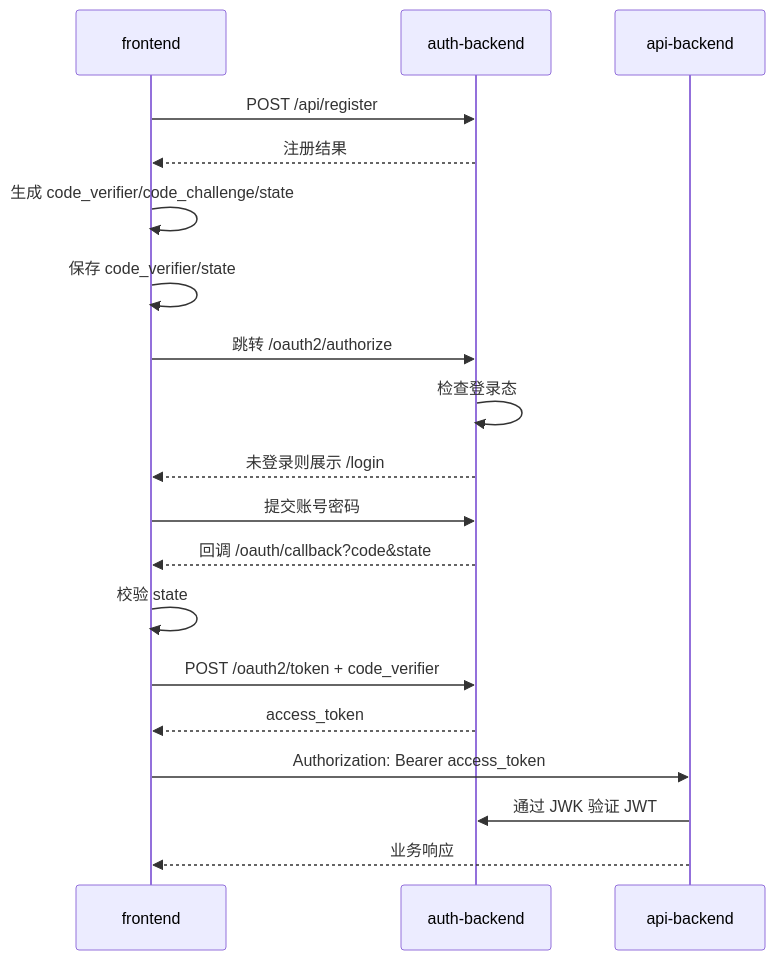
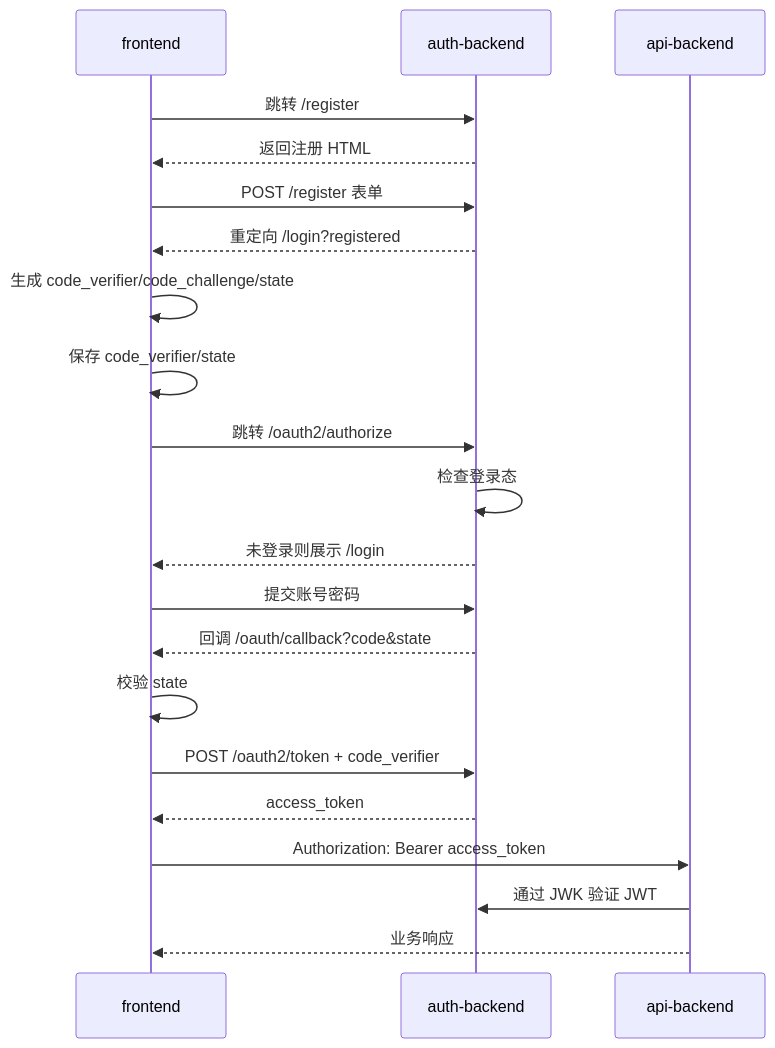
Before and after one commit to Kyy008/Mini-Tiktok: the diagram in login-flow.md, drawn with Mermaid. The commit also changed other lines of this file and 14 other files, not shown here.

````diff
--- a/login-flow.md
+++ b/login-flow.md
@@ -190,22 +192,24 @@
 ```mermaid
 sequenceDiagram
     participant F as frontend
     participant AUTH as auth-backend
     participant API as api-backend
 
-    F->>AUTH: POST /api/register
-    AUTH-->>F: 注册结果
+    F->>AUTH: 跳转 /register
+    AUTH-->>F: 返回注册 HTML
+    F->>AUTH: POST /register 表单
+    AUTH-->>F: 重定向 /login?registered
     F->>F: 生成 code_verifier/code_challenge/state
     F->>F: 保存 code_verifier/state
     F->>AUTH: 跳转 /oauth2/authorize
     AUTH->>AUTH: 检查登录态
     AUTH-->>F: 未登录则展示 /login
     F->>AUTH: 提交账号密码
     AUTH-->>F: 回调 /oauth/callback?code&state
     F->>F: 校验 state
     F->>AUTH: POST /oauth2/token + code_verifier
     AUTH-->>F: access_token
     F->>API: Authorization: Bearer access_token
     API->>AUTH: 通过 JWK 验证 JWT
     API-->>F: 业务响应
 ```
````
